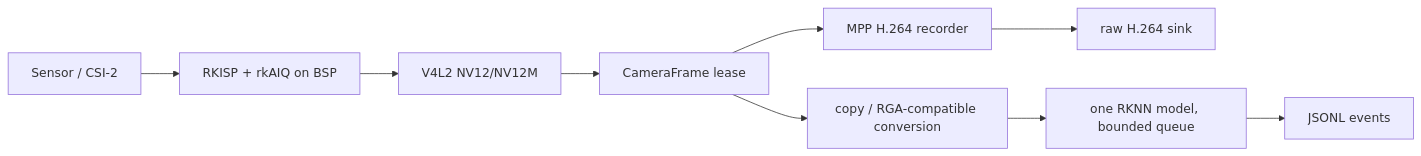
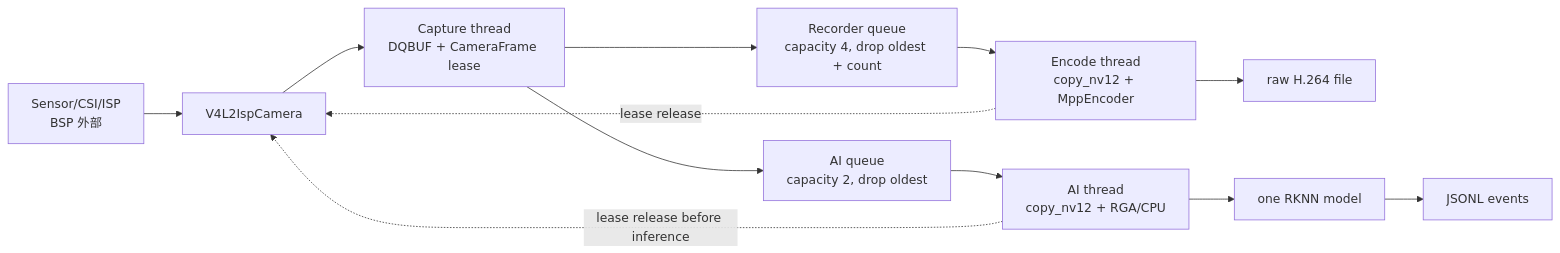
Before and after one commit to 201811510216lf/rk3588-camera-isp-realtime-multimedia: the diagram in docs/isp_migration/00_repository_audit.md, drawn with Mermaid. The commit also changed other lines of this file and 166 other files, not shown here.

Commit message:
Sync dual-camera and software ISP implementation progress

````diff
--- a/docs/isp_migration/00_repository_audit.md
+++ b/docs/isp_migration/00_repository_audit.md
@@ -29,11 +22,14 @@
 ```mermaid
 flowchart LR
-    S[Sensor / CSI-2] --> I[RKISP + rkAIQ on BSP]
-    I --> V[V4L2 NV12/NV12M]
-    V --> C[CameraFrame lease]
-    C --> E[MPP H.264 recorder]
-    E --> O[raw H.264 sink]
-    C --> R[copy / RGA-compatible conversion]
-    R --> A[one RKNN model, bounded queue]
-    A --> J[JSONL events]
+    S[Sensor/CSI/ISP<br/>BSP 外部] --> V[V4L2IspCamera]
+    V --> C[Capture thread<br/>DQBUF + CameraFrame lease]
+    C --> RQ[Recorder queue<br/>capacity 4, drop oldest + count]
+    RQ --> E[Encode thread<br/>copy_nv12 + MppEncoder]
+    E --> F[raw H.264 file]
+    C --> AQ[AI queue<br/>capacity 2, drop oldest]
+    AQ --> A[AI thread<br/>copy_nv12 + RGA/CPU]
+    A --> K[one RKNN model]
+    K --> J[JSONL events]
+    E -. lease release .-> V
+    A -. lease release before inference .-> V
 ```
````
